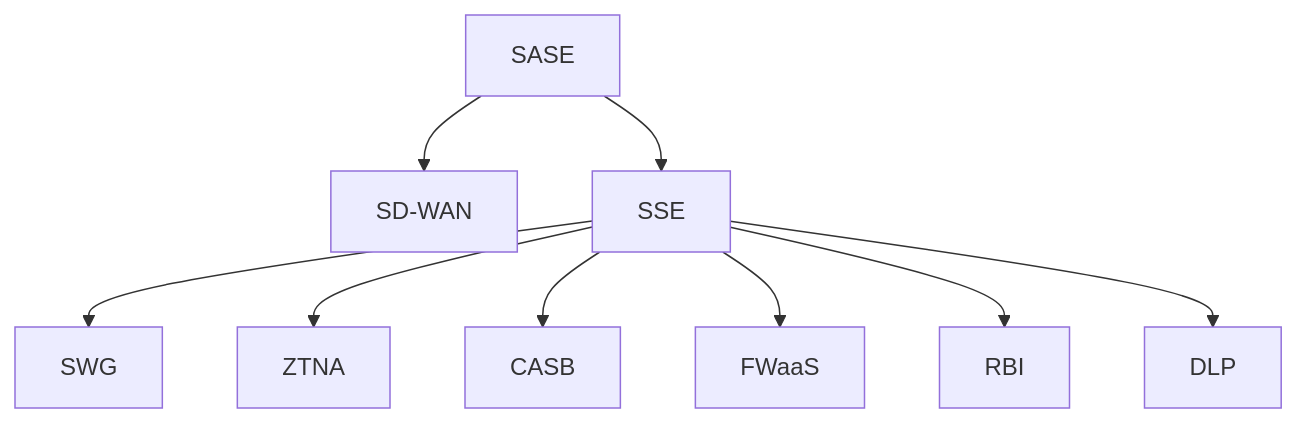
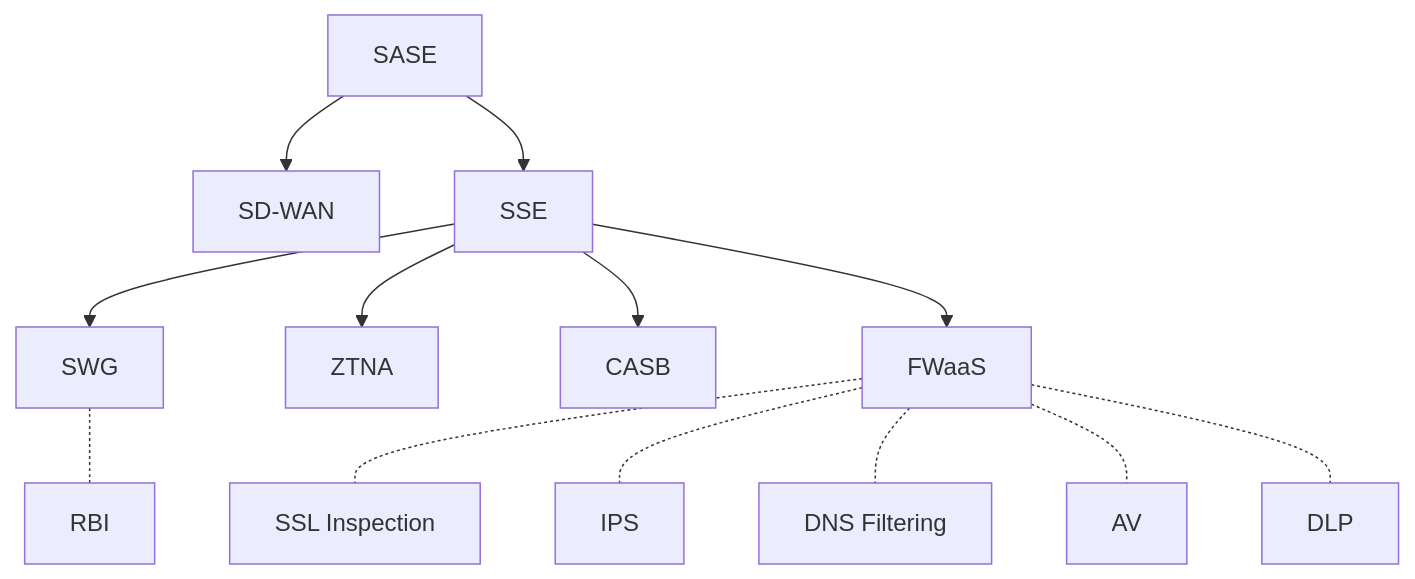
Before and after one commit to joetanx/mstechspec: the diagram in README.md, drawn with Mermaid. The commit also changed other lines of this file, not shown here.

````diff
--- a/README.md
+++ b/README.md
@@ -3,11 +5,15 @@
 ```mermaid
 graph TD
 SASE --> SD-WAN
 SASE --> SSE
 SSE --> SWG
 SSE --> ZTNA
 SSE --> CASB
 SSE --> FWaaS
-SSE --> RBI
-SSE --> DLP
+FWaaS -.- SSLi[SSL Inspection]
+FWaaS -.- IPS
+FWaaS -.- DNSf[DNS Filtering]
+FWaaS -.- AV
+FWaaS -.- DLP
+SWG -.- RBI
 ```
````
